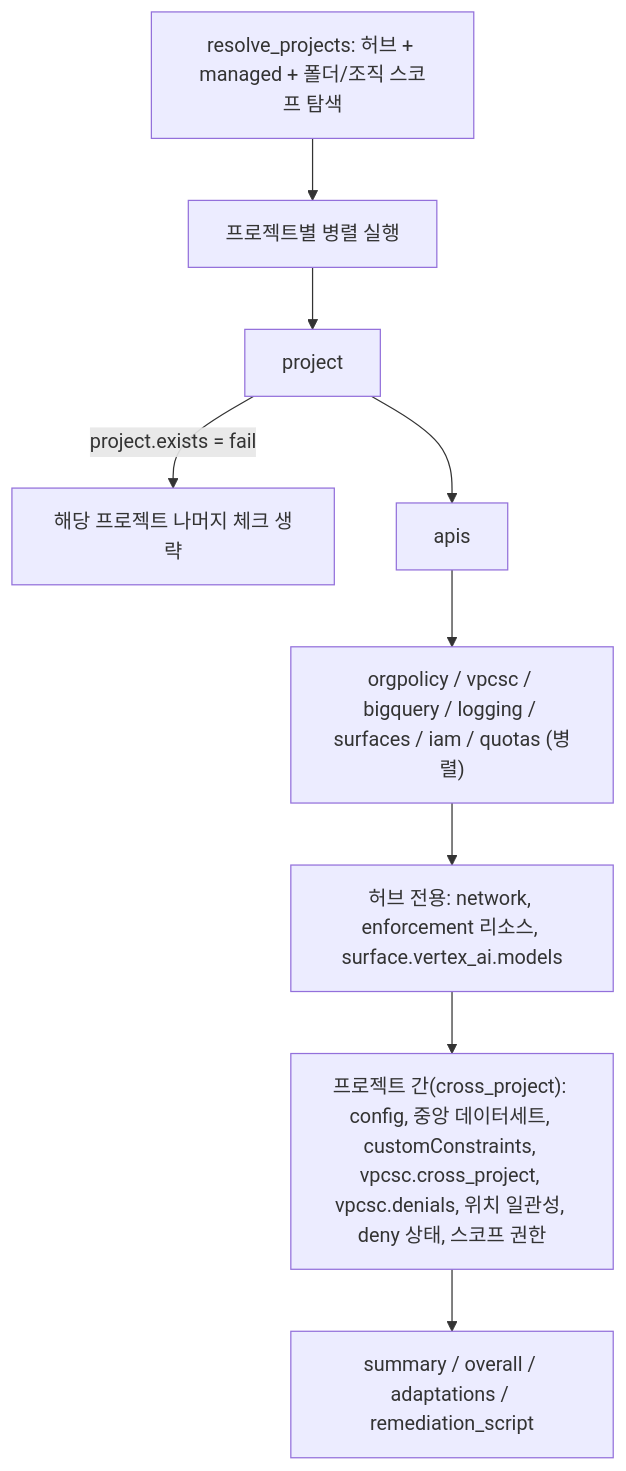
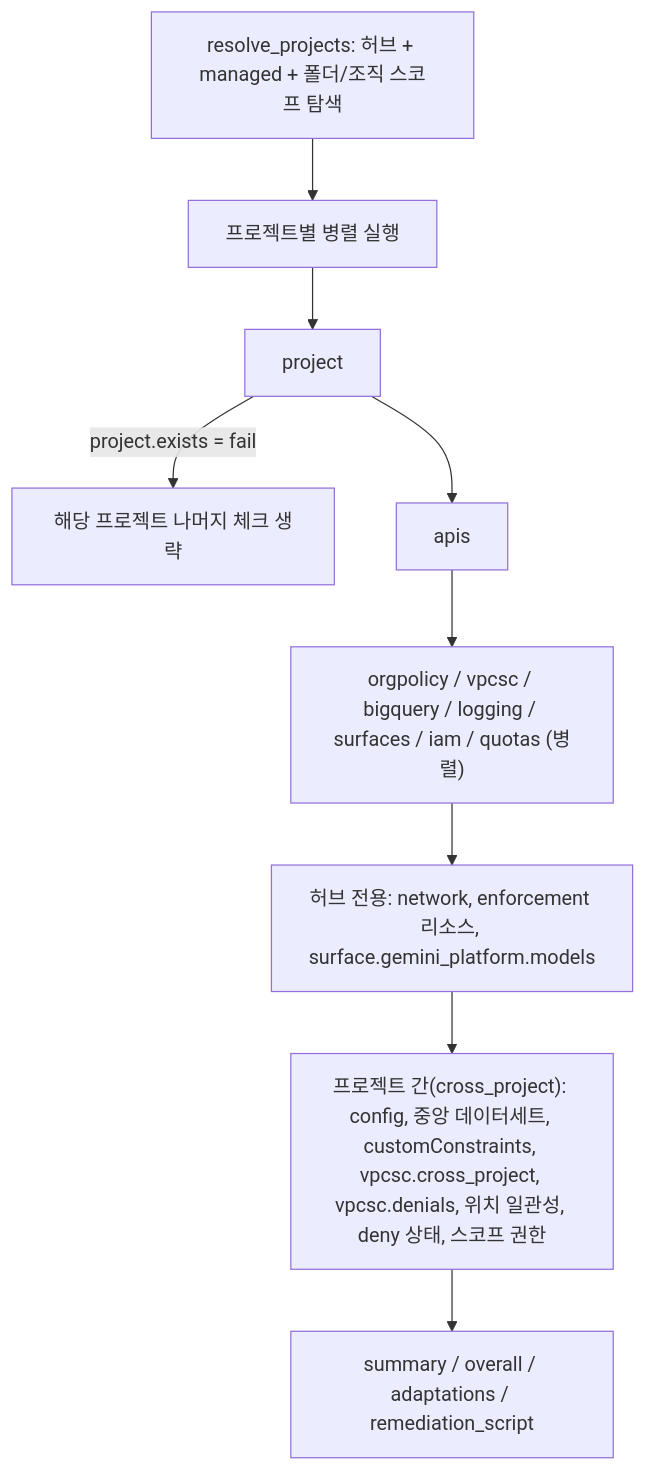
Before and after one commit to ldu1225/gcp-ai-usage-caps-api: the first of 3 diagrams in docs/preflight-checklist.md, drawn with Mermaid. The commit also changed other lines of this file and 29 other files, not shown here.

Commit message:
Rename surface vertex_ai -> gemini_platform (alias accepted), VERTEX_LOGGING_ENDPOINT override

````diff
--- a/docs/preflight-checklist.md
+++ b/docs/preflight-checklist.md
@@ -36,11 +36,11 @@
 ```mermaid
 flowchart TD
     A["resolve_projects: 허브 + managed + 폴더/조직 스코프 탐색"] --> B["프로젝트별 병렬 실행"]
     B --> P["project"]
     P -->|"project.exists = fail"| X["해당 프로젝트 나머지 체크 생략"]
     P --> C["apis"]
     C --> D["orgpolicy / vpcsc / bigquery / logging / surfaces / iam / quotas (병렬)"]
-    D --> H["허브 전용: network, enforcement 리소스, surface.vertex_ai.models"]
+    D --> H["허브 전용: network, enforcement 리소스, surface.gemini_platform.models"]
     H --> CR["프로젝트 간(cross_project): config, 중앙 데이터세트, customConstraints, vpcsc.cross_project, vpcsc.denials, 위치 일관성, deny 상태, 스코프 권한"]
     CR --> S["summary / overall / adaptations / remediation_script"]
 ```
````
